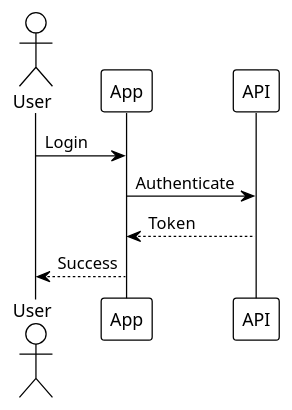
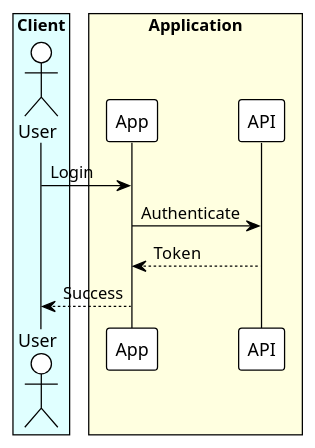
The second of 2 diagrams in SKILL.md (magicJie/plantuml-skill), drawn with PlantUML before and after one commit. The commit also changed other lines of this file and 5 other files, not shown here.

Commit message:
feat(sequence-style):默认时序图采用分层分组配色并更新模板样例

````diff
--- a/SKILL.md
+++ b/SKILL.md
@@ -315,15 +315,19 @@
 ```puml
 @startuml
 !theme plain
 
-' Keep default rendering unless user explicitly requests custom branding
-actor User
-participant App
-participant API
+box "Client" #LightCyan
+  actor User
+end box
+
+box "Application" #LightYellow
+  participant App
+  participant API
+end box
 
 User -> App : Login
 App -> API : Authenticate
 API --> App : Token
 App --> User : Success
 @enduml
 ```
````
